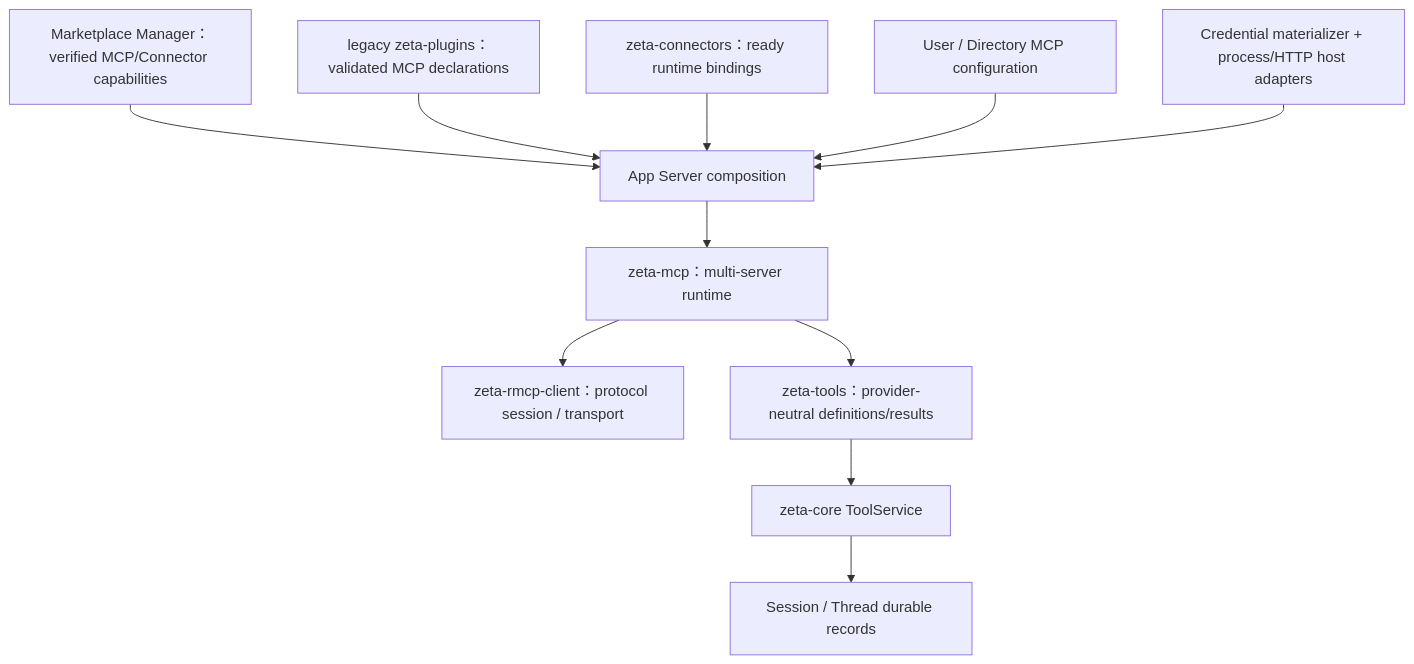
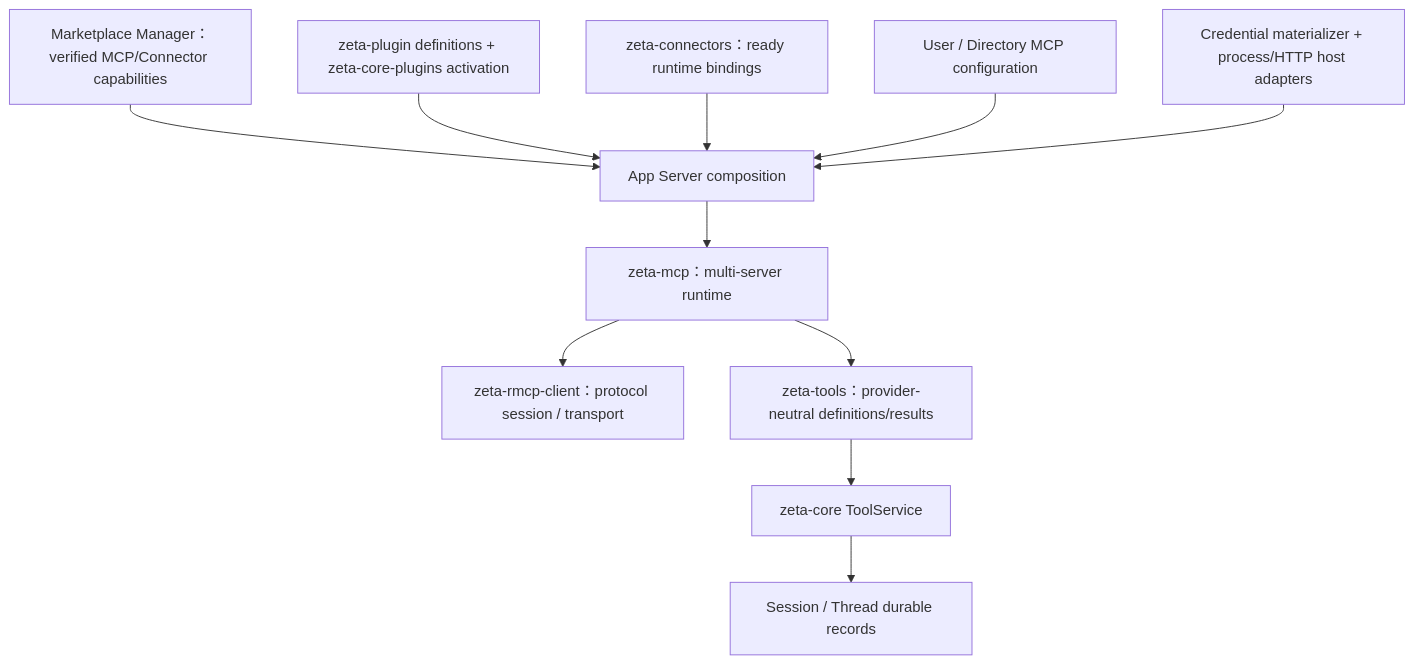
Before and after one commit to chogng/zeta: the second of 2 diagrams in docs/mcp.md, drawn with Mermaid. The commit also changed other lines of this file and 136 other files, not shown here.

Commit message:
refactor: split plugin definitions from core lifecycle

````diff
--- a/docs/mcp.md
+++ b/docs/mcp.md
@@ -198,13 +198,13 @@
 ```mermaid
 flowchart TD
     P["Marketplace Manager：verified MCP/Connector capabilities"] --> A["App Server composition"]
-    L["legacy zeta-plugins：validated MCP declarations"] --> A
+    L["zeta-plugin definitions + zeta-core-plugins activation"] --> A
     C["zeta-connectors：ready runtime bindings"] --> A
     U["User / Directory MCP configuration"] --> A
     H["Credential materializer + process/HTTP host adapters"] --> A
     A --> M["zeta-mcp：multi-server runtime"]
     M --> R["zeta-rmcp-client：protocol session / transport"]
     M --> Z["zeta-tools：provider-neutral definitions/results"]
     Z --> K["zeta-core ToolService"]
     K --> D["Session / Thread durable records"]
 ```
````
